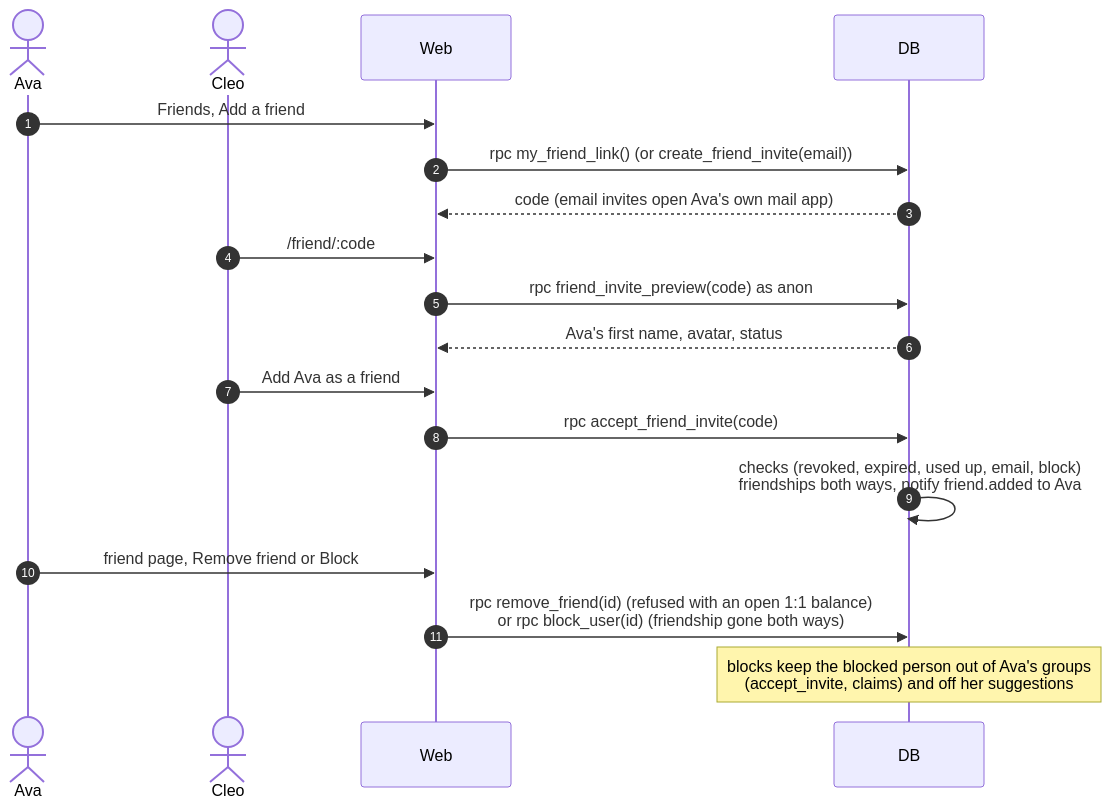
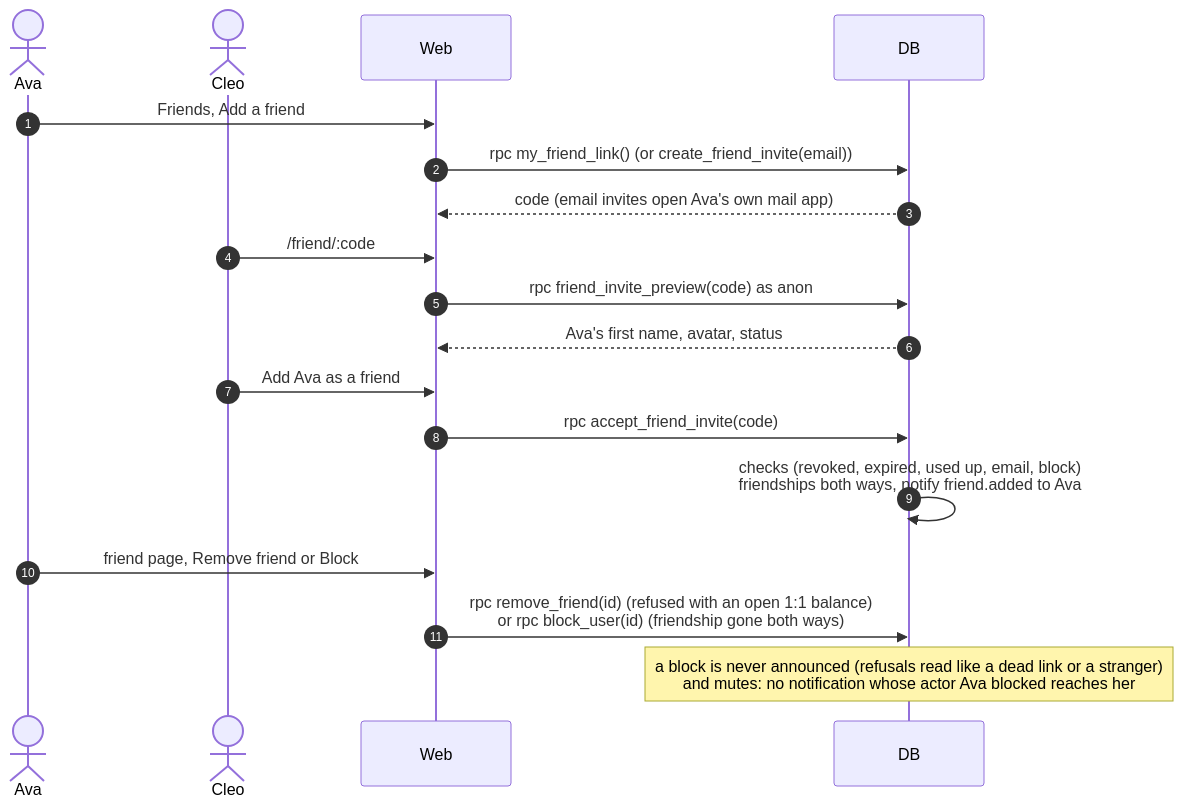
Before and after one commit to Fermulate/potluck: the fifth of 22 diagrams in docs/sequences.md, drawn with Mermaid. The commit also changed 22 other files, not shown here.

````diff
--- a/docs/sequences.md
+++ b/docs/sequences.md
@@ -175,21 +175,21 @@
 ```mermaid
 sequenceDiagram
   autonumber
   actor A as Ava
   actor C as Cleo
   participant W as Web
   participant DB as DB
 
   A->>W: Friends, Add a friend
   W->>DB: rpc my_friend_link() (or create_friend_invite(email))
   DB-->>W: code (email invites open Ava's own mail app)
   C->>W: /friend/:code
   W->>DB: rpc friend_invite_preview(code) as anon
   DB-->>W: Ava's first name, avatar, status
   C->>W: Add Ava as a friend
   W->>DB: rpc accept_friend_invite(code)
   DB->>DB: checks (revoked, expired, used up, email, block)<br/>friendships both ways, notify friend.added to Ava
   A->>W: friend page, Remove friend or Block
   W->>DB: rpc remove_friend(id) (refused with an open 1:1 balance)<br/>or rpc block_user(id) (friendship gone both ways)
-  Note over DB: blocks keep the blocked person out of Ava's groups<br/>(accept_invite, claims) and off her suggestions
+  Note over DB: a block is never announced (refusals read like a dead link or a stranger)<br/>and mutes: no notification whose actor Ava blocked reaches her
 ```
````
